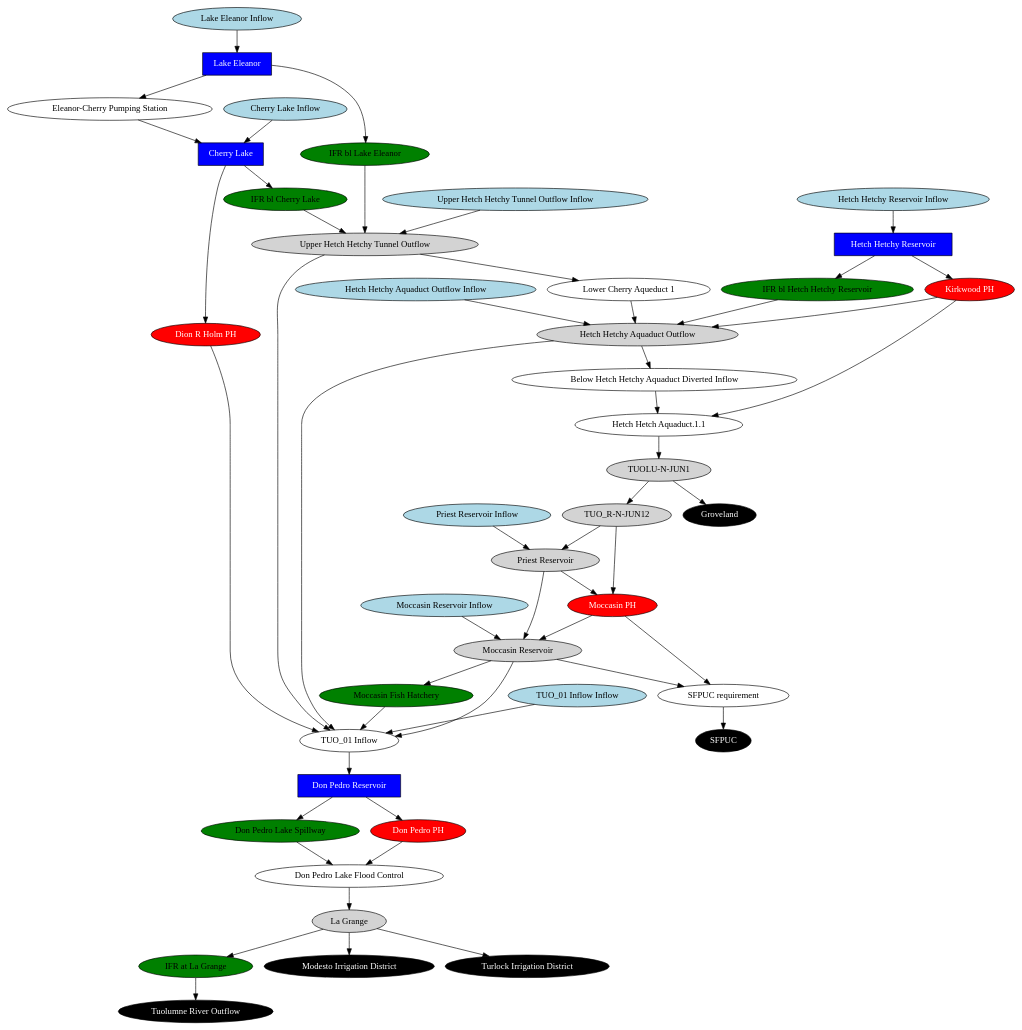
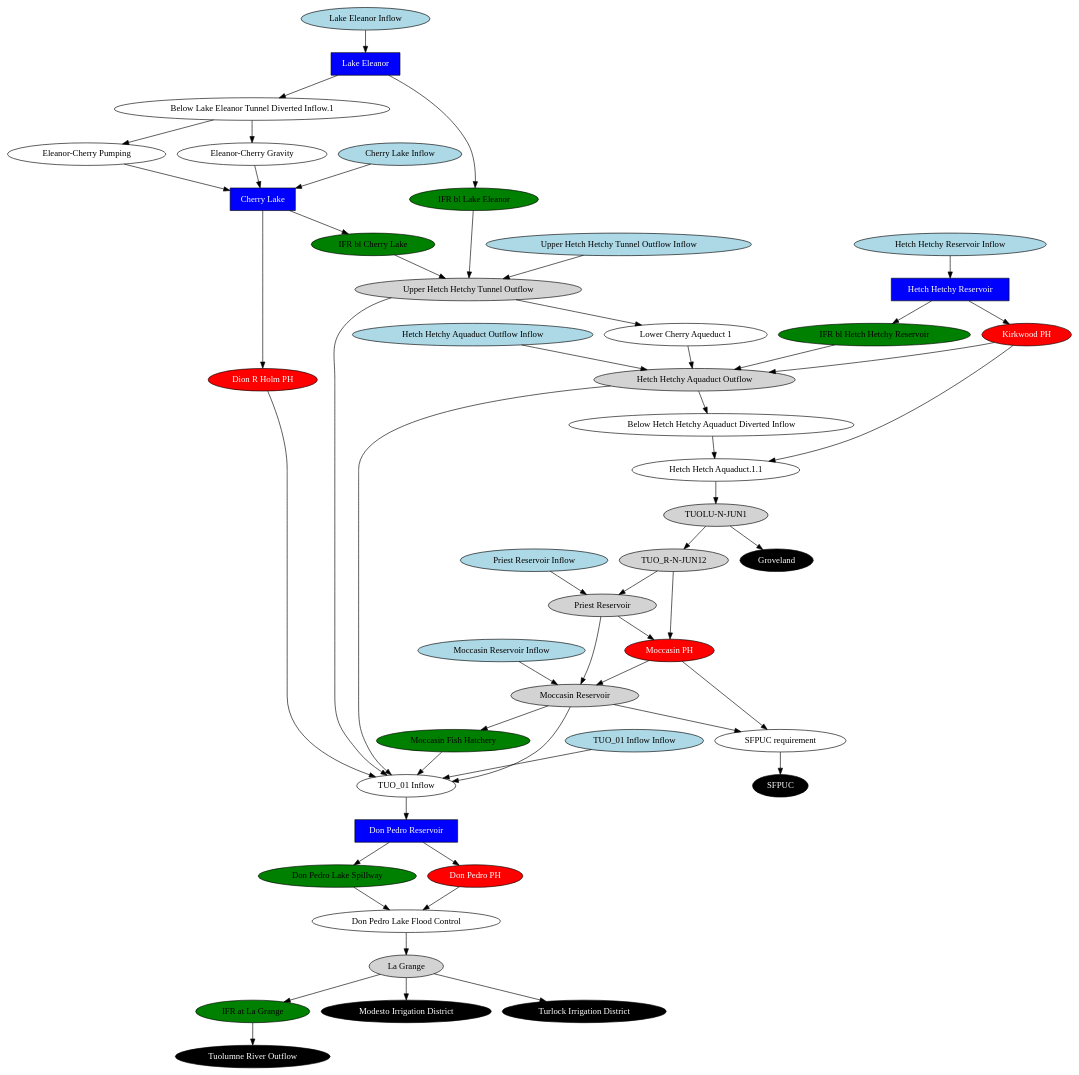
Before and after one commit to vicelab/cen-sierra-pywr: the diagram in schematics/tuolumne_schematic_simplified.gv, drawn with Graphviz. The commit also changed 9 other files, not shown here.

Commit message:
separate eleanor-cherry transfer into gravity & pumping nodes

```diff
--- a/schematics/tuolumne_schematic_simplified.gv
+++ b/schematics/tuolumne_schematic_simplified.gv
@@ -1,95 +1,100 @@
 // tuolumne
 digraph tuolumne {
 	"TUO_01 Inflow Inflow" [fillcolor=lightblue fontcolor=black shape=oval style=filled]
 	"Upper Hetch Hetchy Tunnel Outflow Inflow" [fillcolor=lightblue fontcolor=black shape=oval style=filled]
 	"Cherry Lake Inflow" [fillcolor=lightblue fontcolor=black shape=oval style=filled]
 	"Lake Eleanor Inflow" [fillcolor=lightblue fontcolor=black shape=oval style=filled]
 	"Hetch Hetchy Reservoir Inflow" [fillcolor=lightblue fontcolor=black shape=oval style=filled]
 	"Moccasin Reservoir Inflow" [fillcolor=lightblue fontcolor=black shape=oval style=filled]
 	"Priest Reservoir Inflow" [fillcolor=lightblue fontcolor=black shape=oval style=filled]
 	"Hetch Hetchy Aquaduct Outflow Inflow" [fillcolor=lightblue fontcolor=black shape=oval style=filled]
 	"Below Hetch Hetchy Aquaduct Diverted Inflow" [fillcolor=white fontcolor=black shape=oval style=filled]
+	"Below Lake Eleanor Tunnel Diverted Inflow.1" [fillcolor=white fontcolor=black shape=oval style=filled]
 	"Don Pedro Lake Flood Control" [fillcolor=white fontcolor=black shape=oval style=filled]
 	"Hetch Hetch Aquaduct.1.1" [fillcolor=white fontcolor=black shape=oval style=filled]
 	"Lower Cherry Aqueduct 1" [fillcolor=white fontcolor=black shape=oval style=filled]
 	"Cherry Lake" [fillcolor=blue fontcolor=white shape=rect style=filled]
 	"Dion R Holm PH" [fillcolor=red fontcolor=white shape=oval style=filled]
 	"Don Pedro Lake Spillway" [fillcolor=green fontcolor=black shape=oval style=filled]
 	"Don Pedro PH" [fillcolor=red fontcolor=white shape=oval style=filled]
 	"Don Pedro Reservoir" [fillcolor=blue fontcolor=white shape=rect style=filled]
-	"Eleanor-Cherry Pumping Station" [fillcolor=white fontcolor=black shape=oval style=filled]
+	"Eleanor-Cherry Pumping" [fillcolor=white fontcolor=black shape=oval style=filled]
+	"Eleanor-Cherry Gravity" [fillcolor=white fontcolor=black shape=oval style=filled]
 	Groveland [fillcolor=black fontcolor=white shape=oval style=filled]
 	"Hetch Hetchy Aquaduct Outflow" [fillcolor=lightgrey fontcolor=black shape=oval style=filled]
 	"Hetch Hetchy Reservoir" [fillcolor=blue fontcolor=white shape=rect style=filled]
 	"IFR bl Cherry Lake" [fillcolor=green fontcolor=black shape=oval style=filled]
 	"IFR at La Grange" [fillcolor=green fontcolor=black shape=oval style=filled]
 	"IFR bl Hetch Hetchy Reservoir" [fillcolor=green fontcolor=black shape=oval style=filled]
 	"IFR bl Lake Eleanor" [fillcolor=green fontcolor=black shape=oval style=filled]
 	"Moccasin Fish Hatchery" [fillcolor=green fontcolor=black shape=oval style=filled]
 	"Kirkwood PH" [fillcolor=red fontcolor=white shape=oval style=filled]
 	"La Grange" [fillcolor=lightgrey fontcolor=black shape=oval style=filled]
 	"Lake Eleanor" [fillcolor=blue fontcolor=white shape=rect style=filled]
 	"Moccasin PH" [fillcolor=red fontcolor=white shape=oval style=filled]
 	"Moccasin Reservoir" [fillcolor=lightgrey fontcolor=black shape=oval style=filled]
 	"Modesto Irrigation District" [fillcolor=black fontcolor=white shape=oval style=filled]
 	"Priest Reservoir" [fillcolor=lightgrey fontcolor=black shape=oval style=filled]
 	SFPUC [fillcolor=black fontcolor=white shape=oval style=filled]
 	"SFPUC requirement" [fillcolor=white fontcolor=black shape=oval style=filled]
 	"TUOLU-N-JUN1" [fillcolor=lightgrey fontcolor=black shape=oval style=filled]
 	"Tuolumne River Outflow" [fillcolor=black fontcolor=white shape=oval style=filled]
 	"TUO_01 Inflow" [fillcolor=white fontcolor=black shape=oval style=filled]
 	"TUO_R-N-JUN12" [fillcolor=lightgrey fontcolor=black shape=oval style=filled]
 	"Turlock Irrigation District" [fillcolor=black fontcolor=white shape=oval style=filled]
 	"Upper Hetch Hetchy Tunnel Outflow" [fillcolor=lightgrey fontcolor=black shape=oval style=filled]
 	"Hetch Hetchy Aquaduct Outflow" -> "Below Hetch Hetchy Aquaduct Diverted Inflow"
+	"Lake Eleanor" -> "Below Lake Eleanor Tunnel Diverted Inflow.1"
+	"Below Lake Eleanor Tunnel Diverted Inflow.1" -> "Eleanor-Cherry Pumping"
+	"Below Lake Eleanor Tunnel Diverted Inflow.1" -> "Eleanor-Cherry Gravity"
 	"Hetch Hetch Aquaduct.1.1" -> "TUOLU-N-JUN1"
 	"Upper Hetch Hetchy Tunnel Outflow" -> "Lower Cherry Aqueduct 1"
 	"SFPUC requirement" -> SFPUC
 	"Cherry Lake" -> "IFR bl Cherry Lake"
 	"Cherry Lake" -> "Dion R Holm PH"
 	"Hetch Hetchy Reservoir" -> "IFR bl Hetch Hetchy Reservoir"
 	"Lake Eleanor" -> "IFR bl Lake Eleanor"
-	"Lake Eleanor" -> "Eleanor-Cherry Pumping Station"
-	"Eleanor-Cherry Pumping Station" -> "Cherry Lake"
+	"Eleanor-Cherry Pumping" -> "Cherry Lake"
+	"Eleanor-Cherry Gravity" -> "Cherry Lake"
 	"TUO_01 Inflow Inflow" -> "TUO_01 Inflow"
 	"Hetch Hetchy Reservoir" -> "Kirkwood PH"
 	"TUOLU-N-JUN1" -> Groveland
 	"TUOLU-N-JUN1" -> "TUO_R-N-JUN12"
 	"TUO_R-N-JUN12" -> "Priest Reservoir"
 	"Kirkwood PH" -> "Hetch Hetchy Aquaduct Outflow"
 	"Moccasin Reservoir" -> "Moccasin Fish Hatchery"
 	"La Grange" -> "IFR at La Grange"
 	"Don Pedro Reservoir" -> "Don Pedro Lake Spillway"
 	"Don Pedro Reservoir" -> "Don Pedro PH"
 	"Don Pedro Lake Flood Control" -> "La Grange"
 	"TUO_01 Inflow" -> "Don Pedro Reservoir"
 	"Moccasin PH" -> "Moccasin Reservoir"
 	"Don Pedro Lake Spillway" -> "Don Pedro Lake Flood Control"
 	"Don Pedro PH" -> "Don Pedro Lake Flood Control"
 	"Upper Hetch Hetchy Tunnel Outflow Inflow" -> "Upper Hetch Hetchy Tunnel Outflow"
 	"Cherry Lake Inflow" -> "Cherry Lake"
 	"Lake Eleanor Inflow" -> "Lake Eleanor"
 	"Hetch Hetchy Reservoir Inflow" -> "Hetch Hetchy Reservoir"
 	"Moccasin Reservoir Inflow" -> "Moccasin Reservoir"
 	"Priest Reservoir" -> "Moccasin Reservoir"
 	"Priest Reservoir Inflow" -> "Priest Reservoir"
 	"Moccasin Reservoir" -> "SFPUC requirement"
 	"Moccasin PH" -> "SFPUC requirement"
 	"TUO_R-N-JUN12" -> "Moccasin PH"
 	"Priest Reservoir" -> "Moccasin PH"
 	"Below Hetch Hetchy Aquaduct Diverted Inflow" -> "Hetch Hetch Aquaduct.1.1"
 	"Kirkwood PH" -> "Hetch Hetch Aquaduct.1.1"
 	"Hetch Hetchy Aquaduct Outflow Inflow" -> "Hetch Hetchy Aquaduct Outflow"
 	"IFR bl Hetch Hetchy Reservoir" -> "Hetch Hetchy Aquaduct Outflow"
 	"IFR bl Cherry Lake" -> "Upper Hetch Hetchy Tunnel Outflow"
 	"IFR bl Lake Eleanor" -> "Upper Hetch Hetchy Tunnel Outflow"
 	"Lower Cherry Aqueduct 1" -> "Hetch Hetchy Aquaduct Outflow"
 	"La Grange" -> "Modesto Irrigation District"
 	"La Grange" -> "Turlock Irrigation District"
 	"IFR at La Grange" -> "Tuolumne River Outflow"
 	"Moccasin Reservoir" -> "TUO_01 Inflow"
 	"Moccasin Fish Hatchery" -> "TUO_01 Inflow"
 	"Hetch Hetchy Aquaduct Outflow" -> "TUO_01 Inflow"
 	"Dion R Holm PH" -> "TUO_01 Inflow"
 	"Upper Hetch Hetchy Tunnel Outflow" -> "TUO_01 Inflow"
 }
```
